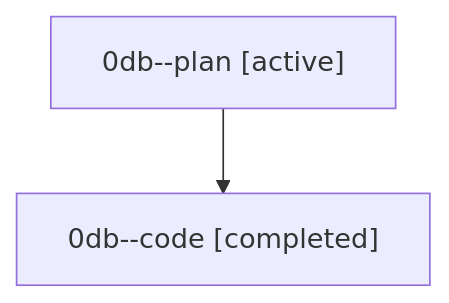
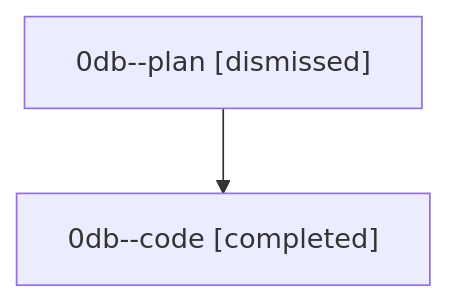
One commit to sase-org/sase--agents changed the diagram in sessions/bbugyi200.athena.0db.md. Above: the diagram before and after it, drawn with Mermaid. The commit also changed other lines of this file and 11 other files, not shown here.

````diff
--- a/sessions/bbugyi200.athena.0db.md
+++ b/sessions/bbugyi200.athena.0db.md
@@ -9,6 +9,6 @@
 ```mermaid
 flowchart TD
-  n0["0db--plan [active]"]
+  n0["0db--plan [dismissed]"]
   n1["0db--code [completed]"]
   n0 --> n1
 ```
````
